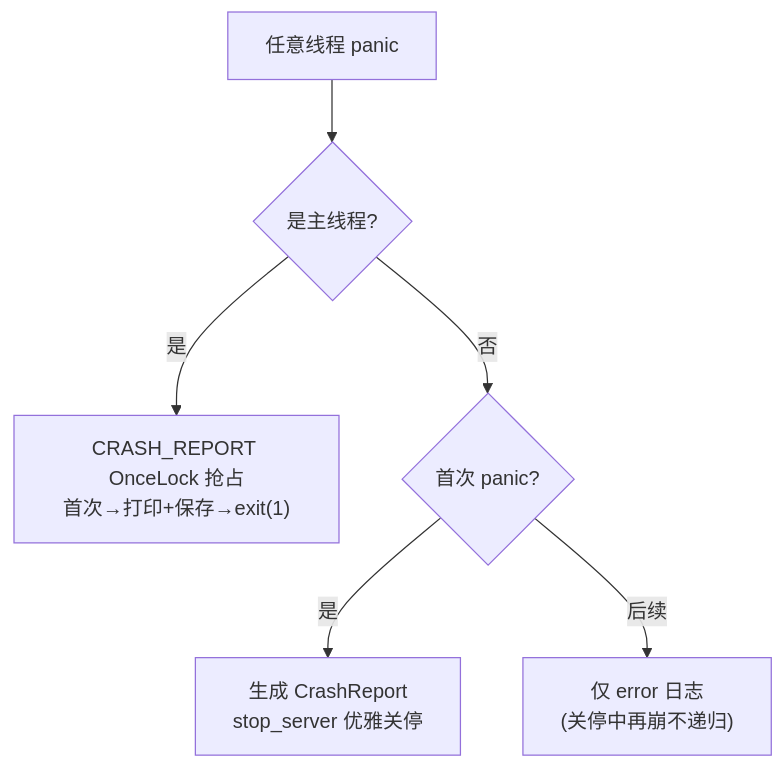
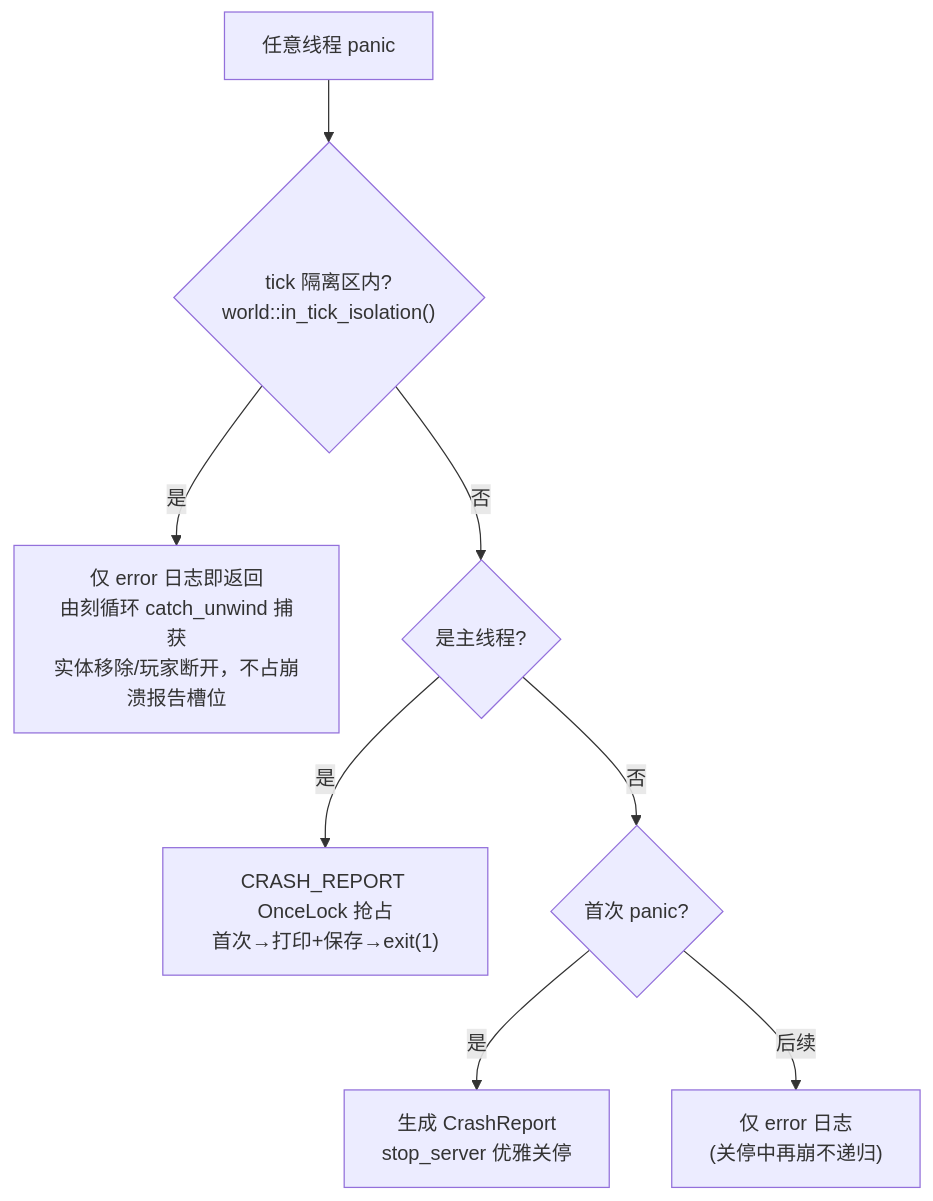
One commit to Quotidietium/Papokin changed the fifth of 5 diagrams in note/06-控制流.md. Above: the diagram before and after it, drawn with Mermaid. The commit also changed other lines of this file and 1 other file, not shown here.

First line of the commit message:
docs(note): 05/06 对齐登录加固、入站水位与 panic 隔离现状

````diff
--- a/note/06-控制流.md
+++ b/note/06-控制流.md
@@ -145,8 +147,10 @@
 ```mermaid
 flowchart TD
-    P["任意线程 panic"] --> Q{"是主线程?"}
+    P["任意线程 panic"] --> Z{"tick 隔离区内?<br/>world::in_tick_isolation()"}
+    Z -->|是| ZR["仅 error 日志即返回<br/>由刻循环 catch_unwind 捕获<br/>实体移除/玩家断开，不占崩溃报告槽位"]
+    Z -->|否| Q{"是主线程?"}
     Q -->|是| R["CRASH_REPORT OnceLock 抢占<br/>首次→打印+保存→exit(1)"]
     Q -->|否| T{"首次 panic?"}
     T -->|是| U["生成 CrashReport<br/>stop_server 优雅关停"]
     T -->|后续| V["仅 error 日志<br/>(关停中再崩不递归)"]
 ```
````
